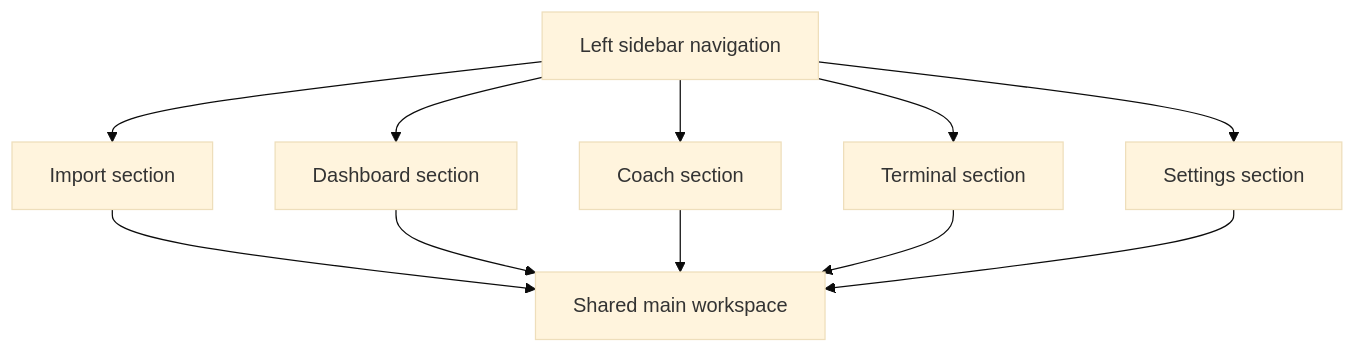
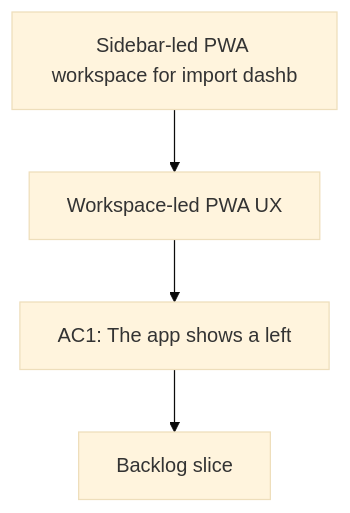
One commit to Jilanos/Coach_garmin changed the diagram in logics/request/req_011_sidebar_led_pwa_workspace_for_import_dashboard_coach_terminal_and_settings.md. Above: the diagram before and after it, drawn with Mermaid (base theme). The commit also changed other lines of this file and 86 other files, not shown here.

Commit message:
Harden chart UX and UTF-8 handling

````diff
--- a/logics/request/req_011_sidebar_led_pwa_workspace_for_import_dashboard_coach_terminal_and_settings.md
+++ b/logics/request/req_011_sidebar_led_pwa_workspace_for_import_dashboard_coach_terminal_and_settings.md
@@ -54,15 +54,8 @@
 ```mermaid
 %% logics-kind: request
 %% logics-signature: request|sidebar-led-pwa-workspace-for-import-das|describe-the-need|ac1-the-app-shows-a-left
 flowchart TD
-    Nav[Left sidebar navigation] --> Import[Import section]
-    Nav --> Dash[Dashboard section]
-    Nav --> Coach[Coach section]
-    Nav --> Term[Terminal section]
-    Nav --> Set[Settings section]
-    Import --> Main[Shared main workspace]
-    Dash --> Main
-    Coach --> Main
-    Term --> Main
-    Set --> Main
+    Trigger[Sidebar-led PWA workspace for import dashb] --> Need[Workspace-led PWA UX]
+    Need --> Outcome[AC1: The app shows a left]
+    Outcome --> Backlog[Backlog slice]
 ```
````
